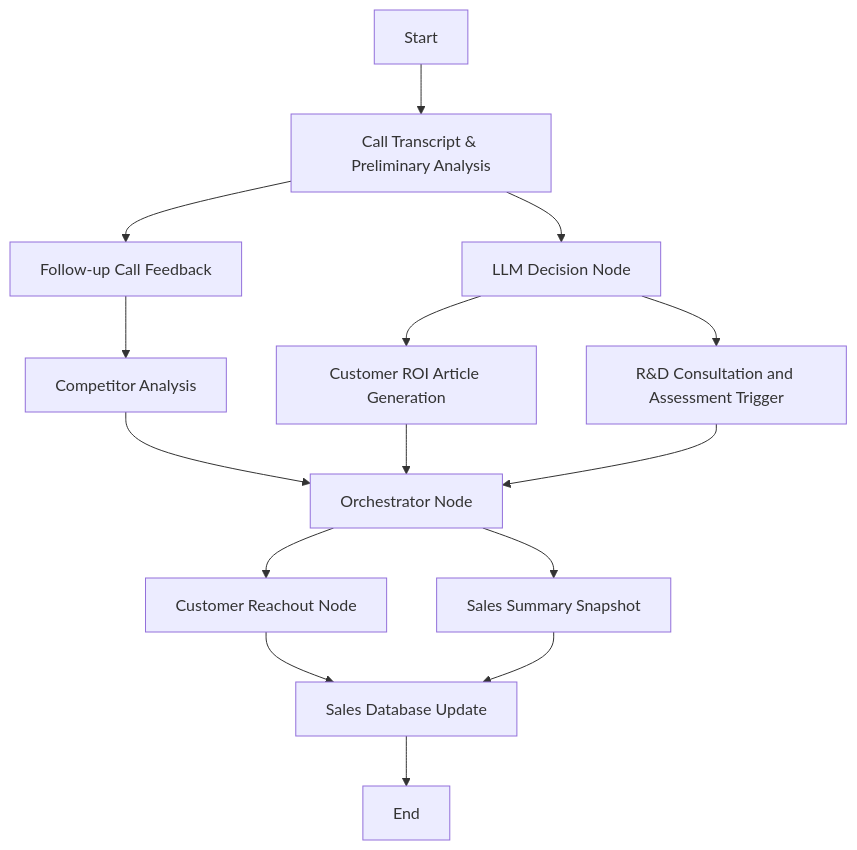
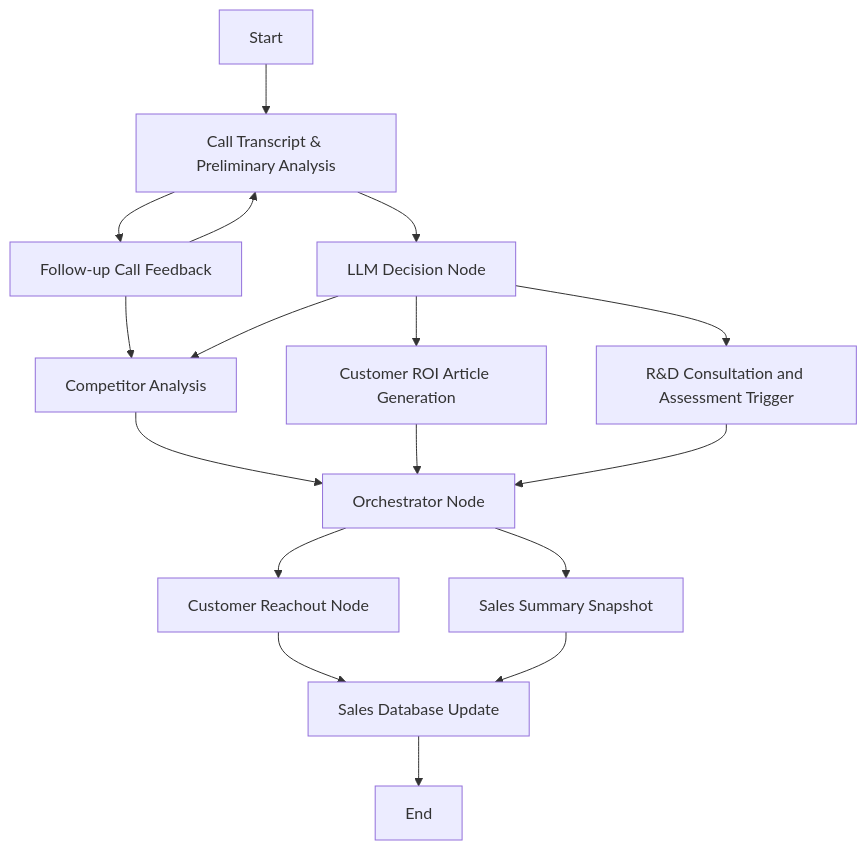
The diagram in README.md (sandeepvsk10/B2B-Sales-Workflow-Optimizer-AI-Agent), drawn with Mermaid before and after one commit.

````diff
--- a/README.md
+++ b/README.md
@@ -23,17 +23,19 @@
 ```mermaid
 graph TD
     A[Start] --> B[Call Transcript & Preliminary Analysis]
     B --> C[Follow-up Call Feedback]
+    C --> B
     B --> D[LLM Decision Node]
     C --> E[Competitor Analysis]
+    D --> E
     D --> F[Customer ROI Article Generation]
     D --> G[R&D Consultation and Assessment Trigger]
     E --> H[Orchestrator Node]
     F --> H
     G --> H
     H --> I[Customer Reachout Node]
     H --> J[Sales Summary Snapshot]
     I --> K[Sales Database Update]
     J --> K
     K --> L[End]
 ```
````
